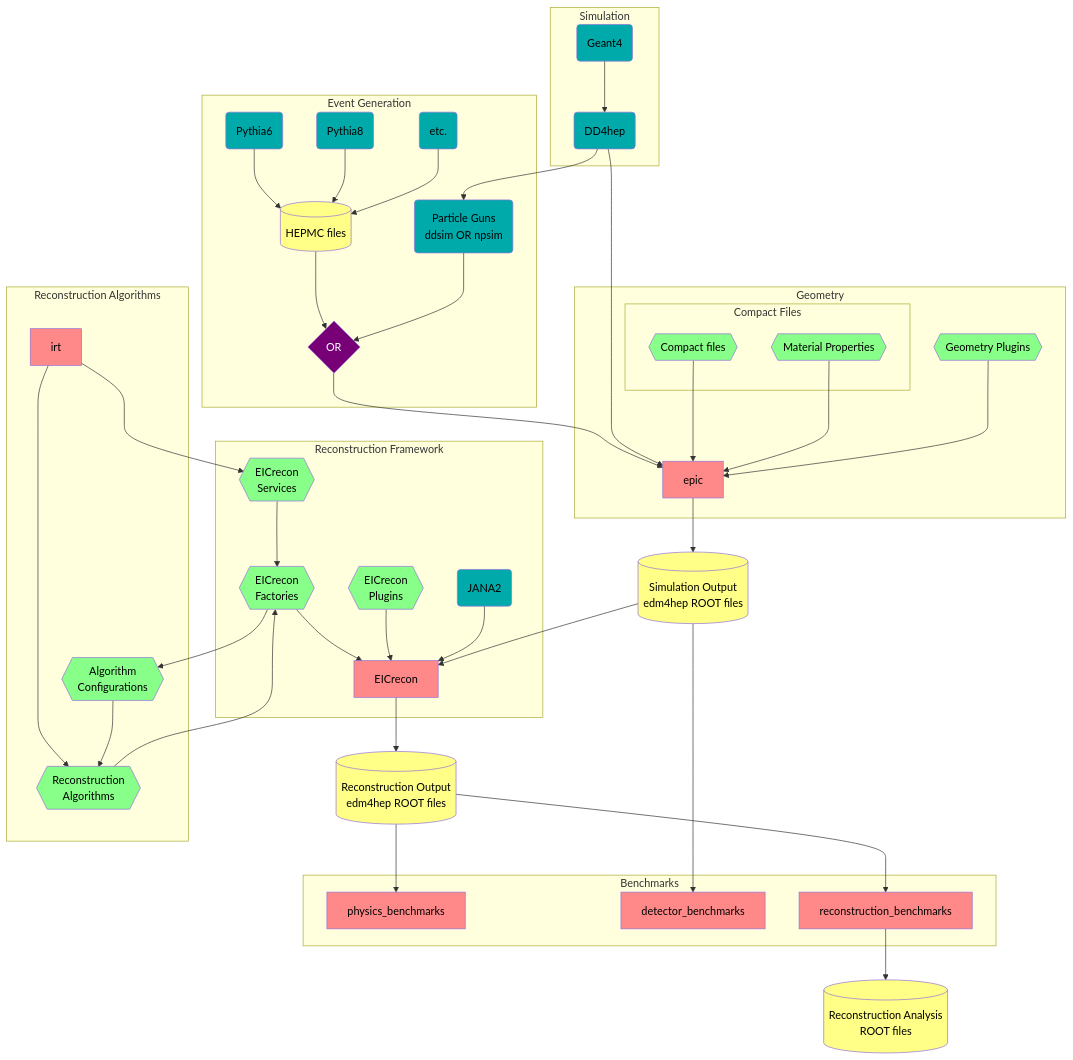
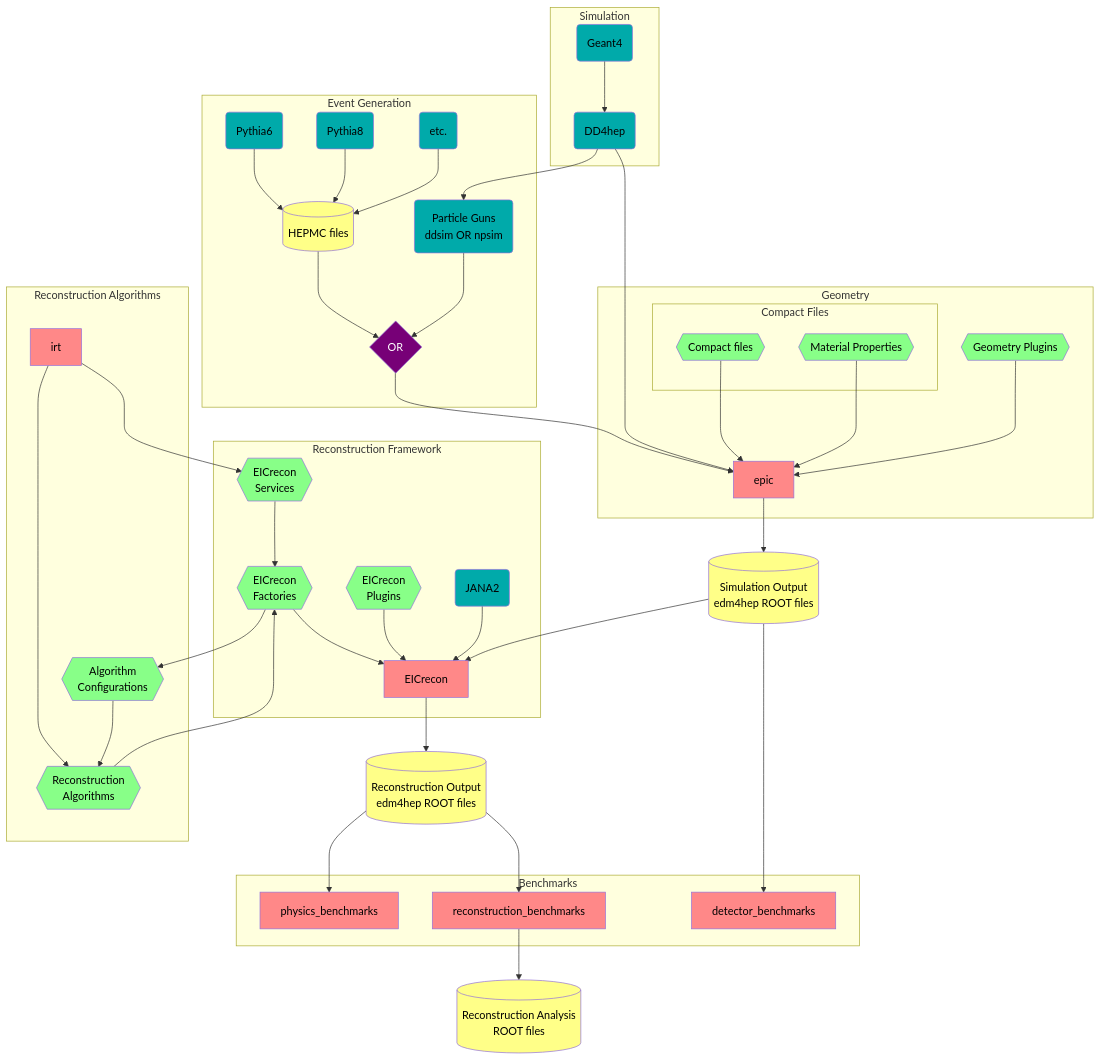
Before and after one commit to eic/drich-dev: the third of 3 diagrams in README.md, drawn with Mermaid. The commit also changed other lines of this file, not shown here.

````diff
--- a/README.md
+++ b/README.md
@@ -228,81 +228,81 @@
 ```mermaid
 flowchart TB
   classDef epic fill:#ff8888,color:black
   classDef dep fill:#00aaaa,color:black
   classDef obj fill:#88ff88,color:black
   classDef data fill:#ffff88,color:black
   classDef op fill:#770077,color:white
 
   subgraph Event Generation
     Pythia6(Pythia6):::dep
     Pythia8(Pythia8):::dep
     OtherGen(etc.):::dep
     Hepmc[(HEPMC files)]:::data
     Gun(Particle Guns<br/>ddsim OR npsim):::dep
     GenOR{OR}:::op
   end
   Pythia6  --> Hepmc
   Pythia8  --> Hepmc
   OtherGen --> Hepmc
   Hepmc    --> GenOR
   Gun      --> GenOR
 
   subgraph Simulation
     DD4hep(DD4hep):::dep
     Geant(Geant4):::dep
   end
   Geant --> DD4hep
 
   subgraph Geometry
     Epic[epic]:::epic
     subgraph Compact Files
       DDCompact{{Compact files}}:::obj
       DDMat{{Material Properties}}:::obj
     end
     DDPlugin{{Geometry Plugins}}:::obj
   end
   SimOut[(Simulation Output<br/>edm4hep ROOT files)]:::data
   DD4hep    --> Gun
   GenOR     --> Epic
   DD4hep    --> Epic
   DDCompact --> Epic
   DDMat     --> Epic
   DDPlugin  --> Epic
   Epic      --> SimOut
 
   subgraph Reconstruction Framework
     JANA(JANA2):::dep
     EICreconPlugins{{EICrecon<br/>Plugins}}:::obj
     EICreconFactories{{EICrecon<br/>Factories}}:::obj
     EICreconServices{{EICrecon<br/>Services}}:::obj
     EICrecon[EICrecon]:::epic
   end
   subgraph Reconstruction Algorithms
     IRT[irt]:::epic
     RecoAlgorithms{{Reconstruction<br/>Algorithms}}:::obj
     RecoAlgorithmConfigs{{Algorithm<br/>Configurations}}:::obj
   end
   RecOut[(Reconstruction Output<br/>edm4hep ROOT files)]:::data
   IRT                  -->  RecoAlgorithms
   EICreconServices     -->  EICreconFactories
   EICreconFactories    -->  EICrecon
   IRT                  -->  EICreconServices
   RecoAlgorithmConfigs -->  RecoAlgorithms
   RecoAlgorithms       -->  EICreconFactories
   EICreconFactories    -->  RecoAlgorithmConfigs
   EICreconPlugins      -->  EICrecon
   JANA                 -->  EICrecon
   SimOut               --> EICrecon
   EICrecon         -->  RecOut
 
   subgraph Benchmarks
     PhysicsBenchmarks[physics_benchmarks]:::epic
+    ReconstructionBenchmarks[reconstruction_benchmarks]:::epic
     DetectorBenchmarks[detector_benchmarks]:::epic
-    ReconstructionBenchmarks[reconstruction_benchmarks]:::epic
   end
   AnaOut[(Reconstruction Analysis<br/>ROOT files)]:::data
   SimOut --> DetectorBenchmarks
   RecOut --> PhysicsBenchmarks
   RecOut --> ReconstructionBenchmarks --> AnaOut
 
 ```
````
